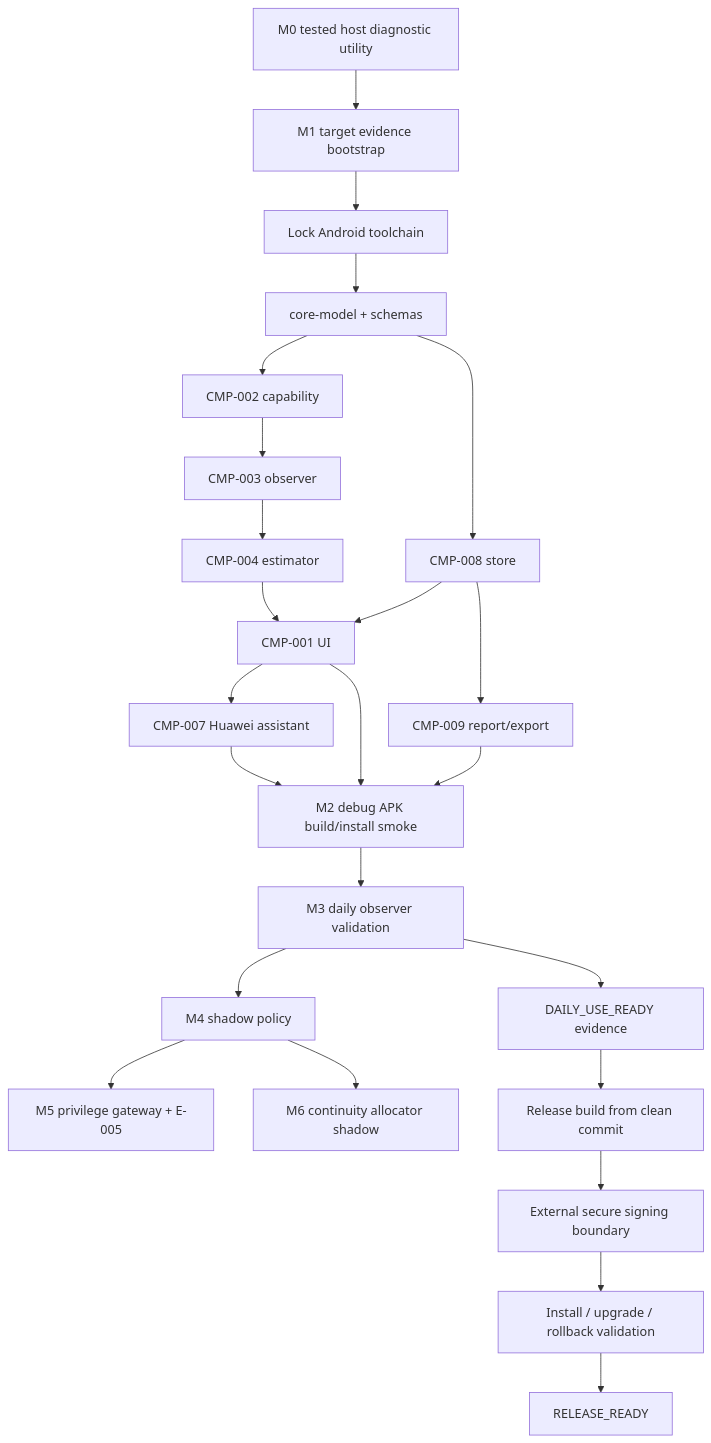
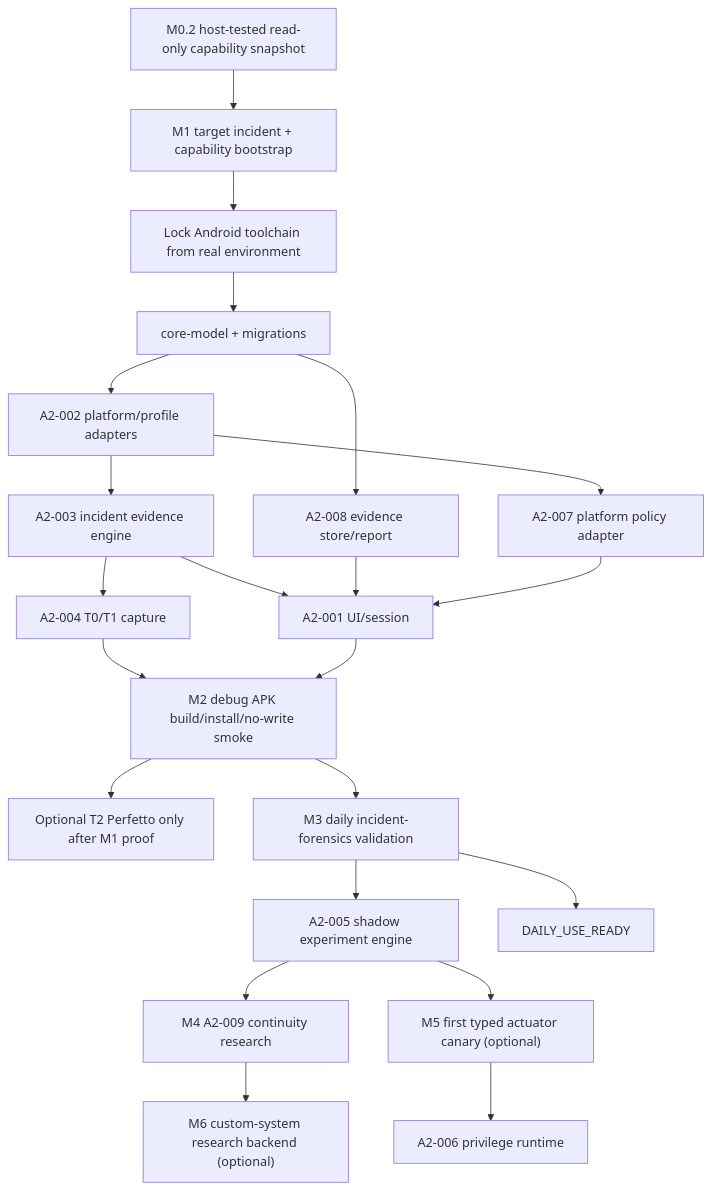
The diagram in docs/visual/DEPENDENCY_BUILD.mmd (ahaggag037/research-system-brain2), drawn with Mermaid before and after one commit. The commit also changed 6 other files, not shown here.

```diff
--- a/docs/visual/DEPENDENCY_BUILD.mmd
+++ b/docs/visual/DEPENDENCY_BUILD.mmd
@@ -1,24 +1,22 @@
 flowchart TD
-  M0["M0 tested host diagnostic utility"] --> M1["M1 target evidence bootstrap"]
-  M1 --> TOOL["Lock Android toolchain"]
-  TOOL --> CORE["core-model + schemas"]
-  CORE --> CAP["CMP-002 capability"]
-  CORE --> STORE["CMP-008 store"]
-  CAP --> OBS["CMP-003 observer"]
-  STORE --> UI["CMP-001 UI"]
-  OBS --> EST["CMP-004 estimator"]
-  EST --> UI
-  STORE --> REP["CMP-009 report/export"]
-  UI --> HUA["CMP-007 Huawei assistant"]
-  UI --> APK["M2 debug APK build/install smoke"]
-  REP --> APK
-  HUA --> APK
-  APK --> M3["M3 daily observer validation"]
-  M3 --> M4["M4 shadow policy"]
-  M4 --> M5["M5 privilege gateway + E-005"]
-  M4 --> M6["M6 continuity allocator shadow"]
-  M3 --> READY["DAILY_USE_READY evidence"]
-  READY --> REL["Release build from clean commit"]
-  REL --> SIGN["External secure signing boundary"]
-  SIGN --> INSTALL["Install / upgrade / rollback validation"]
-  INSTALL --> RELEASE["RELEASE_READY"]
+  M0["M0.2 host-tested read-only capability snapshot"] --> M1["M1 target incident + capability bootstrap"]
+  M1 --> TOOL["Lock Android toolchain from real environment"]
+  TOOL --> CORE["core-model + migrations"]
+  CORE --> PROF["A2-002 platform/profile adapters"]
+  CORE --> STORE["A2-008 evidence store/report"]
+  PROF --> INC["A2-003 incident evidence engine"]
+  PROF --> POLICY["A2-007 platform policy adapter"]
+  INC --> UI["A2-001 UI/session"]
+  STORE --> UI
+  INC --> CAP["A2-004 T0/T1 capture"]
+  POLICY --> UI
+  CAP --> APK["M2 debug APK build/install/no-write smoke"]
+  UI --> APK
+  APK --> PERF["Optional T2 Perfetto only after M1 proof"]
+  APK --> M3["M3 daily incident-forensics validation"]
+  M3 --> SHADOW["A2-005 shadow experiment engine"]
+  SHADOW --> M4["M4 A2-009 continuity research"]
+  SHADOW --> M5["M5 first typed actuator canary (optional)"]
+  M5 --> PRIV["A2-006 privilege runtime"]
+  M4 --> M6["M6 custom-system research backend (optional)"]
+  M3 --> READY["DAILY_USE_READY"]
```
